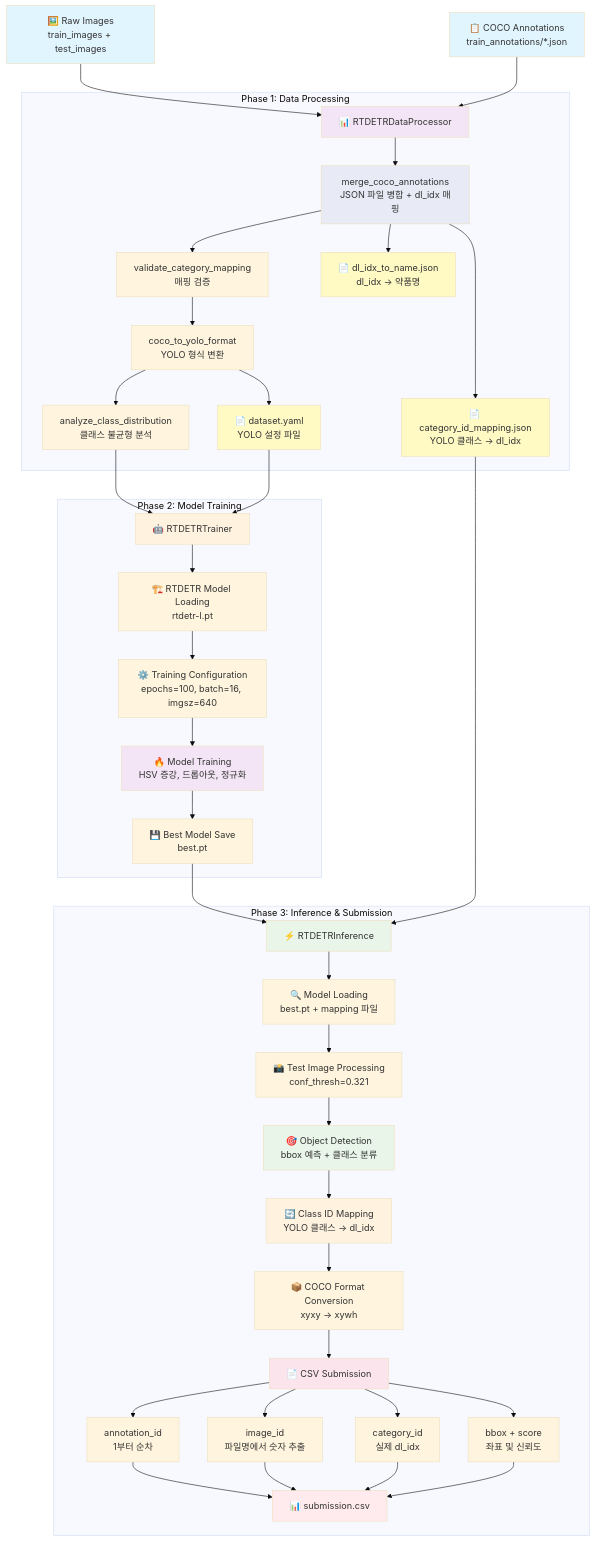
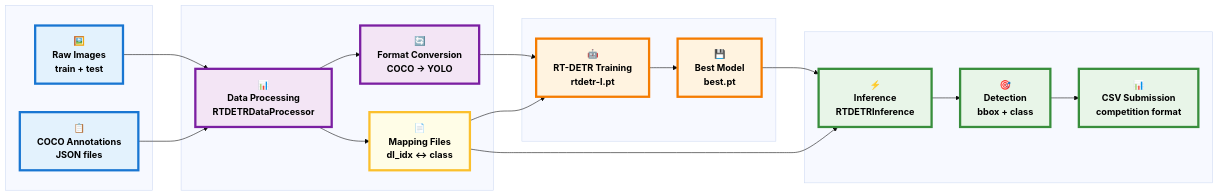
The diagram in README.md (Zo9973/Codeit_AI_4th_Drug_image_CV_project), drawn with Mermaid (base theme) before and after one commit.

````diff
--- a/README.md
+++ b/README.md
@@ -70,97 +70,51 @@
 ```mermaid
-graph TD
-    A[🖼️ Raw Images<br/>train_images + test_images] --> B[📊 RTDETRDataProcessor]
-    A1[📋 COCO Annotations<br/>train_annotations/*.json] --> B
-    
-    B --> B1[merge_coco_annotations<br/>JSON 파일 병합 + dl_idx 매핑]
-    B1 --> B2[validate_category_mapping<br/>매핑 검증]
-    B2 --> B3[coco_to_yolo_format<br/>YOLO 형식 변환]
-    B3 --> B4[analyze_class_distribution<br/>클래스 불균형 분석]
-    
-    B1 --> M1[📄 category_id_mapping.json<br/>YOLO 클래스 → dl_idx]
-    B1 --> M2[📄 dl_idx_to_name.json<br/>dl_idx → 약품명]
-    B3 --> M3[📄 dataset.yaml<br/>YOLO 설정 파일]
-    
-    B4 --> C[🤖 RTDETRTrainer]
-    M3 --> C
-    
-    C --> C1[🏗️ RTDETR Model Loading<br/>rtdetr-l.pt]
-    C1 --> C2[⚙️ Training Configuration<br/>epochs=100, batch=16, imgsz=640]
-    C2 --> C3[🔥 Model Training<br/>HSV 증강, 드롭아웃, 정규화]
-    C3 --> C4[💾 Best Model Save<br/>best.pt]
-    
-    C4 --> D[⚡ RTDETRInference]
-    M1 --> D
-    
-    D --> D1[🔍 Model Loading<br/>best.pt + mapping 파일]
-    D1 --> D2[📸 Test Image Processing<br/>conf_thresh=0.321]
-    D2 --> D3[🎯 Object Detection<br/>bbox 예측 + 클래스 분류]
-    D3 --> D4[🔄 Class ID Mapping<br/>YOLO 클래스 → dl_idx]
-    D4 --> D5[📦 COCO Format Conversion<br/>xyxy → xywh]
-    
-    D5 --> E[📄 CSV Submission]
-    E --> E1[annotation_id<br/>1부터 순차]
-    E --> E2[image_id<br/>파일명에서 숫자 추출]
-    E --> E3[category_id<br/>실제 dl_idx]
-    E --> E4[bbox + score<br/>좌표 및 신뢰도]
-    
-    E1 --> F[📊 submission.csv]
-    E2 --> F
-    E3 --> F
-    E4 --> F
-    
-    %% 데이터 플로우 강조
-    style A fill:#e1f5fe
-    style A1 fill:#e1f5fe
-    style B fill:#f3e5f5
-    style C fill:#fff3e0
-    style D fill:#e8f5e8
-    style E fill:#fce4ec
-    style F fill:#ffebee
-    
-    %% 매핑 파일들 강조
-    style M1 fill:#fff9c4
-    style M2 fill:#fff9c4
-    style M3 fill:#fff9c4
-    
-    %% 핵심 프로세스 강조
-    style B1 fill:#e8eaf6
-    style C3 fill:#f3e5f5
-    style D3 fill:#e8f5e8
-    style D4 fill:#fff3e0
-    
-    %% 서브그래프로 단계별 그룹화
-    subgraph "Phase 1: Data Processing"
-        B
-        B1
-        B2
-        B3
-        B4
-        M1
-        M2
-        M3
+graph LR
+    subgraph " "
+        A["🖼️<br/><b>Raw Images</b><br/>train + test"]
+        A1["📋<br/><b>COCO Annotations</b><br/>JSON files"]
     end
     
-    subgraph "Phase 2: Model Training"
-        C
-        C1
-        C2
-        C3
-        C4
+    subgraph " "
+        B["📊<br/><b>Data Processing</b><br/>RTDETRDataProcessor"]
+        B1["🔄<br/><b>Format Conversion</b><br/>COCO → YOLO"]
+        B2["📄<br/><b>Mapping Files</b><br/>dl_idx ↔ class"]
     end
     
-    subgraph "Phase 3: Inference & Submission"
-        D
-        D1
-        D2
-        D3
-        D4
-        D5
-        E
-        E1
-        E2
-        E3
-        E4
-        F
+    subgraph " "
+        C["🤖<br/><b>RT-DETR Training</b><br/>rtdetr-l.pt"]
+        C1["💾<br/><b>Best Model</b><br/>best.pt"]
     end
+    
+    subgraph " "
+        D["⚡<br/><b>Inference</b><br/>RTDETRInference"]
+        D1["🎯<br/><b>Detection</b><br/>bbox + class"]
+        E["📊<br/><b>CSV Submission</b><br/>competition format"]
+    end
+    
+    A --> B
+    A1 --> B
+    B --> B1
+    B --> B2
+    B1 --> C
+    B2 --> C
+    C --> C1
+    C1 --> D
+    B2 --> D
+    D --> D1
+    D1 --> E
+    
+    %% 스타일링 - 3:2 가로 비율 최적화
+    classDef inputStyle fill:#E3F2FD,stroke:#1976D2,stroke-width:4px,color:#000,font-size:16px,font-weight:bold
+    classDef processStyle fill:#F3E5F5,stroke:#7B1FA2,stroke-width:4px,color:#000,font-size:16px,font-weight:bold
+    classDef trainStyle fill:#FFF3E0,stroke:#F57C00,stroke-width:4px,color:#000,font-size:16px,font-weight:bold
+    classDef inferStyle fill:#E8F5E8,stroke:#388E3C,stroke-width:4px,color:#000,font-size:16px,font-weight:bold
+    classDef outputStyle fill:#FFEBEE,stroke:#D32F2F,stroke-width:4px,color:#000,font-size:16px,font-weight:bold
+    classDef mappingStyle fill:#FFFDE7,stroke:#FBC02D,stroke-width:4px,color:#000,font-size:16px,font-weight:bold
+    
+    %% 클래스 적용
+    class A,A1 inputStyle
+    class B,B1 processStyle
+    class B2 mappingStyle
+    class C,C1 trainStyle
+    class D,D1,E inferStyle
 ```
````
